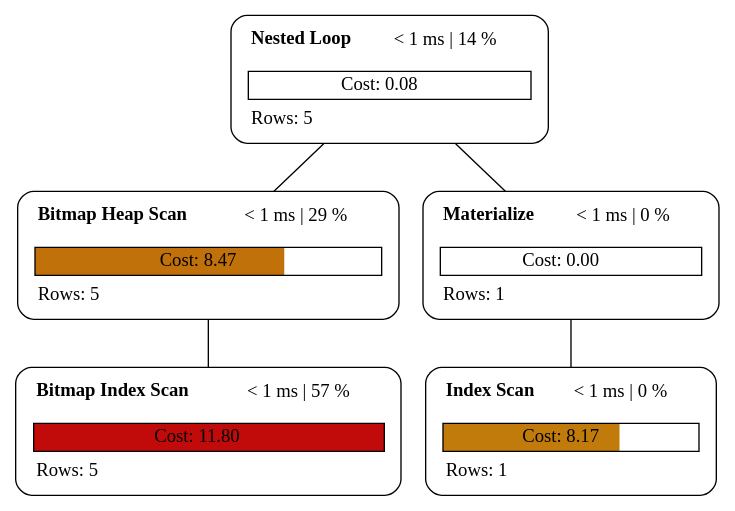
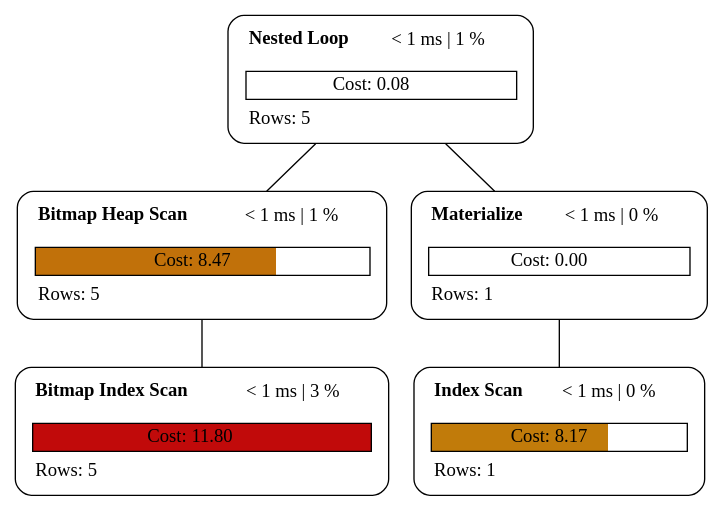
One commit to sanpii/explain changed the diagram in examples/plan_1.dot. Above: the diagram before and after it, drawn with Graphviz. The commit also changed 13 other files, not shown here.

```diff
--- a/examples/plan_1.dot
+++ b/examples/plan_1.dot
@@ -1,11 +1,11 @@
 graph explain {
-    node0[label=<<table border="0" cellborder="0" cellspacing="5"><tr><td align="left"><b>Nested Loop</b></td><td>&lt; 1 ms | 14 %</td></tr><tr><td colspan="2" align="left"></td></tr><tr><td colspan="2" border="1" >Cost: 0.08</td></tr><tr><td colspan="2" align="left">Rows: 5</td></tr></table>>][style="rounded"][shape="box"];
-    node1[label=<<table border="0" cellborder="0" cellspacing="5"><tr><td align="left"><b>Bitmap Heap Scan</b></td><td>&lt; 1 ms | 29 %</td></tr><tr><td colspan="2" align="left"></td></tr><tr><td colspan="2" border="1" bgcolor="#c1710a;0.72:white">Cost: 8.47</td></tr><tr><td colspan="2" align="left">Rows: 5</td></tr></table>>][style="rounded"][shape="box"];
-    node2[label=<<table border="0" cellborder="0" cellspacing="5"><tr><td align="left"><b>Bitmap Index Scan</b></td><td>&lt; 1 ms | 57 %</td></tr><tr><td colspan="2" align="left"></td></tr><tr><td colspan="2" border="1" bgcolor="#c10a0a">Cost: 11.80</td></tr><tr><td colspan="2" align="left">Rows: 5</td></tr></table>>][style="rounded"][shape="box"];
+    node0[label=<<table border="0" cellborder="0" cellspacing="5"><tr><td align="left"><b>Nested Loop</b></td><td>&lt; 1 ms | 1 %</td></tr><tr><td colspan="2" align="left"></td></tr><tr><td colspan="2" border="1" >Cost: 0.08</td></tr><tr><td colspan="2" align="left">Rows: 5</td></tr></table>>][style="rounded"][shape="box"];
+    node1[label=<<table border="0" cellborder="0" cellspacing="5"><tr><td align="left"><b>Bitmap Heap Scan</b></td><td>&lt; 1 ms | 1 %</td></tr><tr><td colspan="2" align="left"></td></tr><tr><td colspan="2" border="1" bgcolor="#c1710a;0.72:white">Cost: 8.47</td></tr><tr><td colspan="2" align="left">Rows: 5</td></tr></table>>][style="rounded"][shape="box"];
+    node2[label=<<table border="0" cellborder="0" cellspacing="5"><tr><td align="left"><b>Bitmap Index Scan</b></td><td>&lt; 1 ms | 3 %</td></tr><tr><td colspan="2" align="left"></td></tr><tr><td colspan="2" border="1" bgcolor="#c10a0a">Cost: 11.80</td></tr><tr><td colspan="2" align="left">Rows: 5</td></tr></table>>][style="rounded"][shape="box"];
     node3[label=<<table border="0" cellborder="0" cellspacing="5"><tr><td align="left"><b>Materialize</b></td><td>&lt; 1 ms | 0 %</td></tr><tr><td colspan="2" align="left"></td></tr><tr><td colspan="2" border="1" >Cost: 0.00</td></tr><tr><td colspan="2" align="left">Rows: 1</td></tr></table>>][style="rounded"][shape="box"];
     node4[label=<<table border="0" cellborder="0" cellspacing="5"><tr><td align="left"><b>Index Scan</b></td><td>&lt; 1 ms | 0 %</td></tr><tr><td colspan="2" align="left"></td></tr><tr><td colspan="2" border="1" bgcolor="#c17b0a;0.69:white">Cost: 8.17</td></tr><tr><td colspan="2" align="left">Rows: 1</td></tr></table>>][style="rounded"][shape="box"];
     node0 -- node1[label=""];
     node1 -- node2[label=""];
     node0 -- node3[label=""];
     node3 -- node4[label=""];
 }
```
